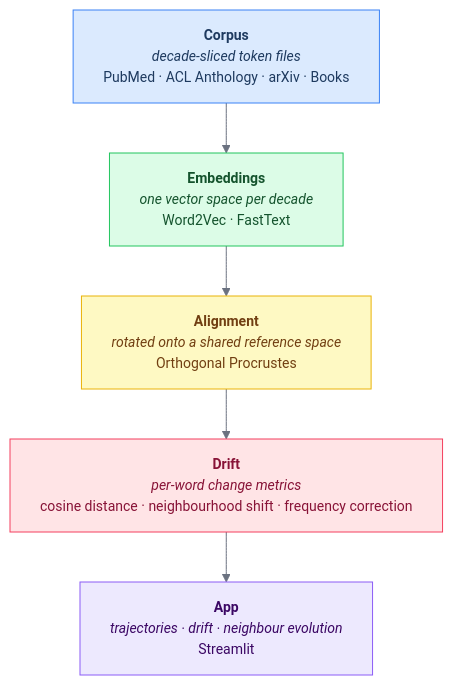
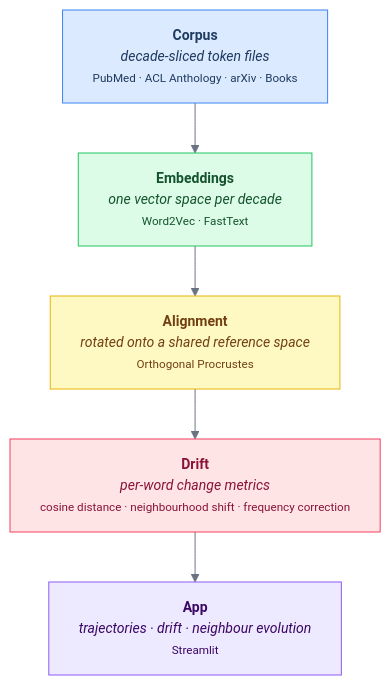
One commit to Dovalization/interpretant changed the diagram in README.md. Above: the diagram before and after it, drawn with Mermaid.

Commit message:
docs(readme): add small tag to tools line for three-level visual hierarchy

````diff
--- a/README.md
+++ b/README.md
@@ -46,17 +46,17 @@
 ```mermaid
 %%{init: {'theme': 'base', 'themeVariables': {'fontSize': '14px', 'lineColor': '#6b7280'}}}%%
 flowchart TD
     classDef corpus fill:#dbeafe,stroke:#3b82f6,color:#1e3a5f
     classDef embed  fill:#dcfce7,stroke:#22c55e,color:#14532d
     classDef align  fill:#fef9c3,stroke:#eab308,color:#713f12
     classDef drift  fill:#ffe4e6,stroke:#f43f5e,color:#881337
     classDef app    fill:#ede9fe,stroke:#8b5cf6,color:#3b0764
 
-    C["<b>Corpus</b><br/><i>decade-sliced&nbsp;token&nbsp;files</i><br/>PubMed&nbsp;·&nbsp;ACL&nbsp;Anthology&nbsp;·&nbsp;arXiv&nbsp;·&nbsp;Books"]:::corpus
-    E["<b>Embeddings</b><br/><i>one&nbsp;vector&nbsp;space&nbsp;per&nbsp;decade</i><br/>Word2Vec&nbsp;·&nbsp;FastText"]:::embed
-    A["<b>Alignment</b><br/><i>rotated&nbsp;onto&nbsp;a&nbsp;shared&nbsp;reference&nbsp;space</i><br/>Orthogonal&nbsp;Procrustes"]:::align
-    D["<b>Drift</b><br/><i>per-word&nbsp;change&nbsp;metrics</i><br/>cosine&nbsp;distance&nbsp;·&nbsp;neighbourhood&nbsp;shift&nbsp;·&nbsp;frequency&nbsp;correction"]:::drift
-    P["<b>App</b><br/><i>trajectories&nbsp;·&nbsp;drift&nbsp;·&nbsp;neighbour&nbsp;evolution</i><br/>Streamlit"]:::app
+    C["<b>Corpus</b><br/><i>decade-sliced&nbsp;token&nbsp;files</i><br/><small>PubMed&nbsp;·&nbsp;ACL&nbsp;Anthology&nbsp;·&nbsp;arXiv&nbsp;·&nbsp;Books</small>"]:::corpus
+    E["<b>Embeddings</b><br/><i>one&nbsp;vector&nbsp;space&nbsp;per&nbsp;decade</i><br/><small>Word2Vec&nbsp;·&nbsp;FastText</small>"]:::embed
+    A["<b>Alignment</b><br/><i>rotated&nbsp;onto&nbsp;a&nbsp;shared&nbsp;reference&nbsp;space</i><br/><small>Orthogonal&nbsp;Procrustes</small>"]:::align
+    D["<b>Drift</b><br/><i>per-word&nbsp;change&nbsp;metrics</i><br/><small>cosine&nbsp;distance&nbsp;·&nbsp;neighbourhood&nbsp;shift&nbsp;·&nbsp;frequency&nbsp;correction</small>"]:::drift
+    P["<b>App</b><br/><i>trajectories&nbsp;·&nbsp;drift&nbsp;·&nbsp;neighbour&nbsp;evolution</i><br/><small>Streamlit</small>"]:::app
 
     C --> E --> A --> D --> P
 ```
````
